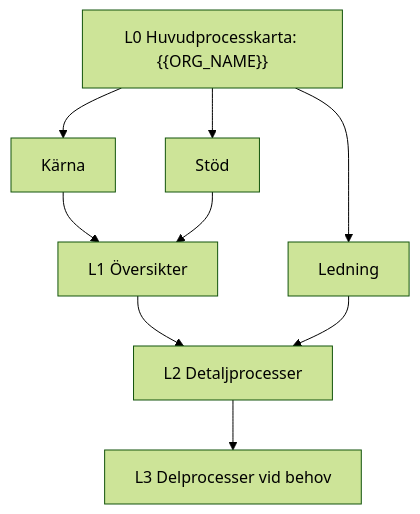
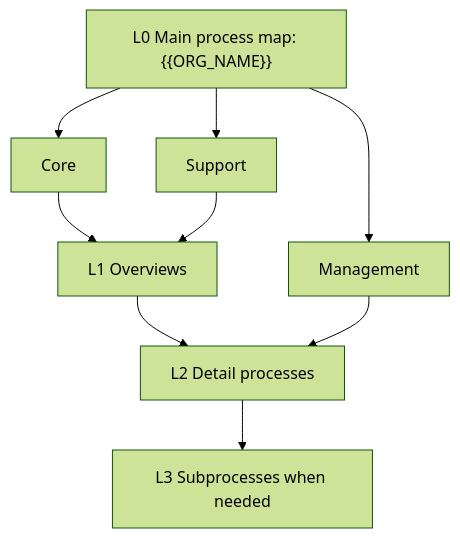
One commit to janolss/ModelM8 changed the diagram in templates/Create-2c8-IMS-Plan-Template.md. Above: the diagram before and after it, drawn with Mermaid (forest theme). The commit also changed other lines of this file and 52 other files, not shown here.

````diff
--- a/templates/Create-2c8-IMS-Plan-Template.md
+++ b/templates/Create-2c8-IMS-Plan-Template.md
@@ -147,12 +147,12 @@
 ```mermaid
 flowchart TB
-  L0["L0 Huvudprocesskarta: {{ORG_NAME}}"]
-  L0 --> MG["Ledning"]
-  L0 --> CO["Kärna"]
-  L0 --> SU["Stöd"]
-  CO --> L1["L1 Översikter"]
+  L0["L0 Main process map: {{ORG_NAME}}"]
+  L0 --> MG["Management"]
+  L0 --> CO["Core"]
+  L0 --> SU["Support"]
+  CO --> L1["L1 Overviews"]
   SU --> L1
-  L1 --> L2["L2 Detaljprocesser"]
-  L2 --> L3["L3 Delprocesser vid behov"]
+  L1 --> L2["L2 Detail processes"]
+  L2 --> L3["L3 Subprocesses when needed"]
   MG --> L2
 ```
````
